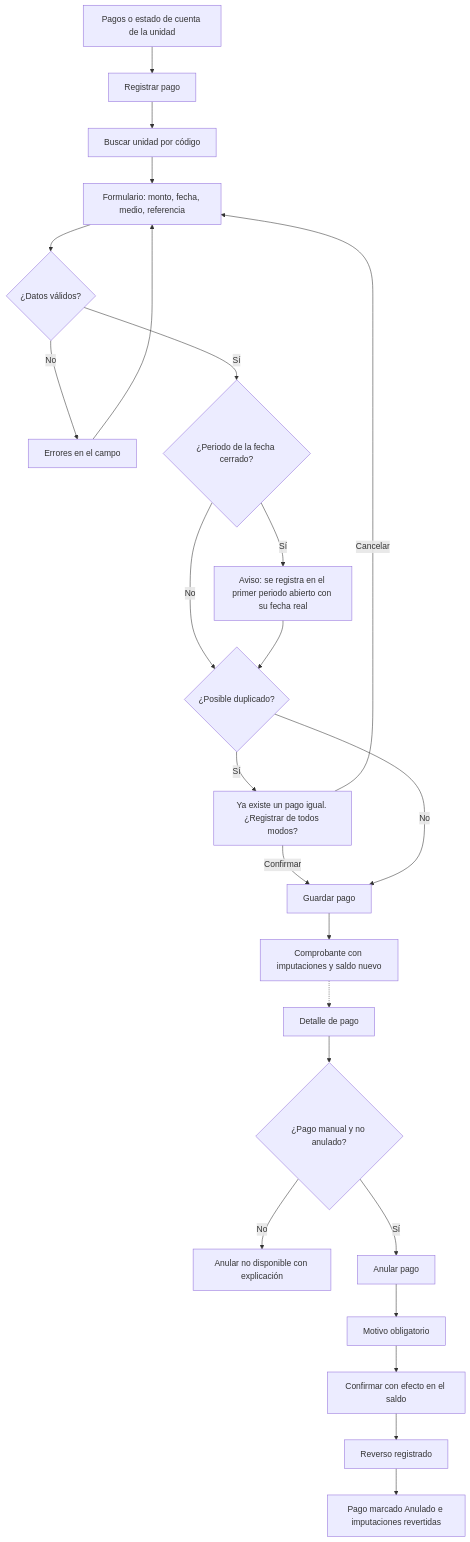
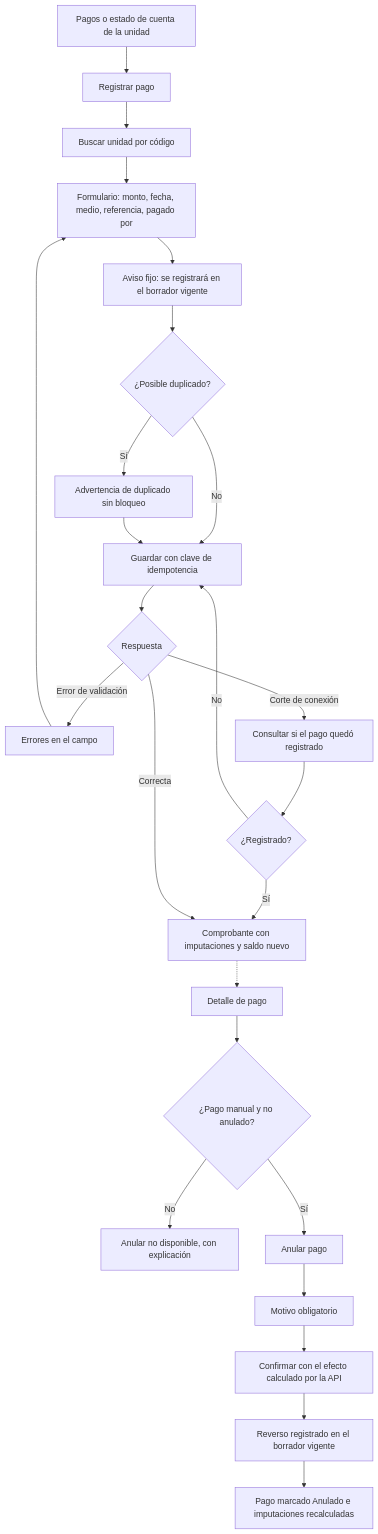
Before and after one commit to misterexcel/ComVive: the diagram in docs/design/flujos/admin-pago-manual.md, drawn with Mermaid. The commit also changed other lines of this file and 10 other files, not shown here.

First line of the commit message:
docs: apply critical reviews to spec, design flows and architecture

````diff
--- a/docs/design/flujos/admin-pago-manual.md
+++ b/docs/design/flujos/admin-pago-manual.md
@@ -13,27 +17,28 @@
 ```mermaid
 flowchart TD
   A["Pagos o estado de cuenta de la unidad"] --> B["Registrar pago"]
   B --> C["Buscar unidad por código"]
-  C --> D["Formulario: monto, fecha, medio, referencia"]
-  D --> E{"¿Datos válidos?"}
-  E -->|No| F["Errores en el campo"]
-  F --> D
-  E -->|Sí| G{"¿Periodo de la fecha cerrado?"}
-  G -->|Sí| H["Aviso: se registra en el primer periodo abierto con su fecha real"]
-  G -->|No| I{"¿Posible duplicado?"}
-  H --> I
-  I -->|Sí| J["Ya existe un pago igual. ¿Registrar de todos modos?"]
-  J -->|Cancelar| D
-  J -->|Confirmar| K["Guardar pago"]
-  I -->|No| K
-  K --> L["Comprobante con imputaciones y saldo nuevo"]
+  C --> D["Formulario: monto, fecha, medio, referencia, pagado por"]
+  D --> E["Aviso fijo: se registrará en el borrador vigente"]
+  E --> F{"¿Posible duplicado?"}
+  F -->|Sí| G["Advertencia de duplicado sin bloqueo"]
+  F -->|No| H["Guardar con clave de idempotencia"]
+  G --> H
+  H --> I{"Respuesta"}
+  I -->|Error de validación| J["Errores en el campo"]
+  J --> D
+  I -->|Corte de conexión| K["Consultar si el pago quedó registrado"]
+  K --> L{"¿Registrado?"}
+  L -->|No| H
+  L -->|Sí| M
+  I -->|Correcta| M["Comprobante con imputaciones y saldo nuevo"]
 
-  L -.-> M["Detalle de pago"]
-  M --> N{"¿Pago manual y no anulado?"}
-  N -->|No| O["Anular no disponible con explicación"]
-  N -->|Sí| P["Anular pago"]
-  P --> Q["Motivo obligatorio"]
-  Q --> R["Confirmar con efecto en el saldo"]
-  R --> S["Reverso registrado"]
-  S --> T["Pago marcado Anulado e imputaciones revertidas"]
+  M -.-> N["Detalle de pago"]
+  N --> O{"¿Pago manual y no anulado?"}
+  O -->|No| P["Anular no disponible, con explicación"]
+  O -->|Sí| Q["Anular pago"]
+  Q --> R["Motivo obligatorio"]
+  R --> S["Confirmar con el efecto calculado por la API"]
+  S --> T["Reverso registrado en el borrador vigente"]
+  T --> U["Pago marcado Anulado e imputaciones recalculadas"]
 ```
````
